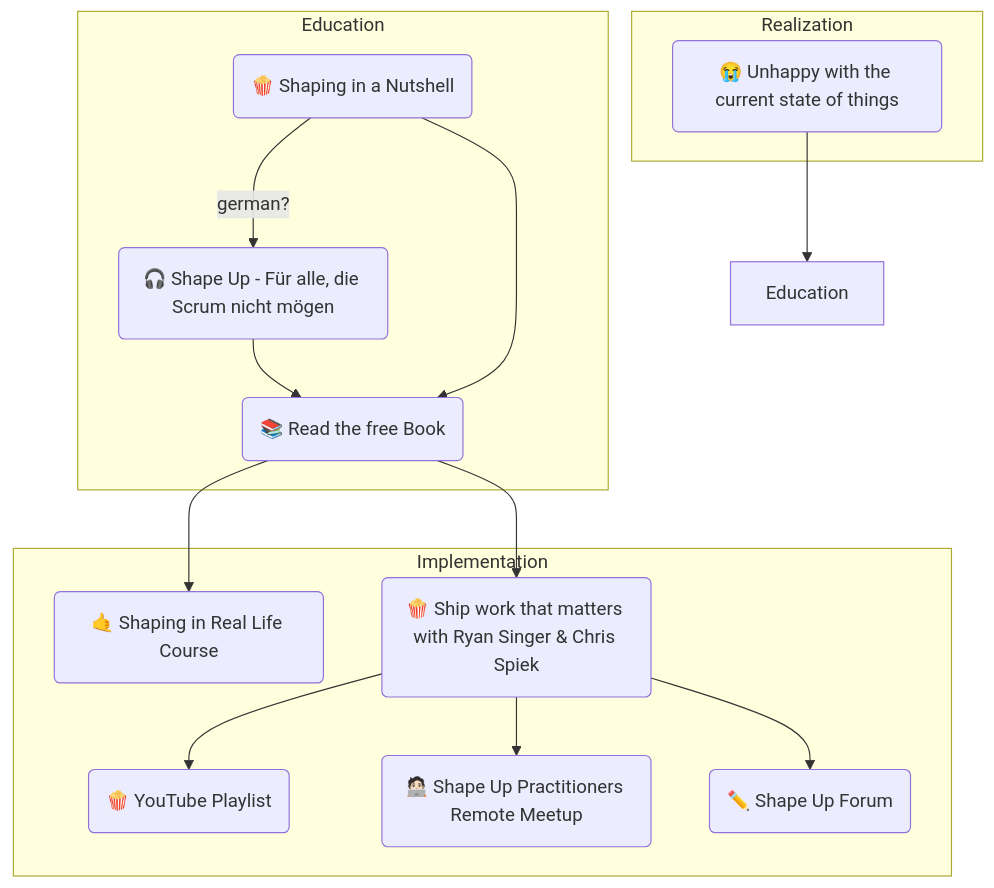
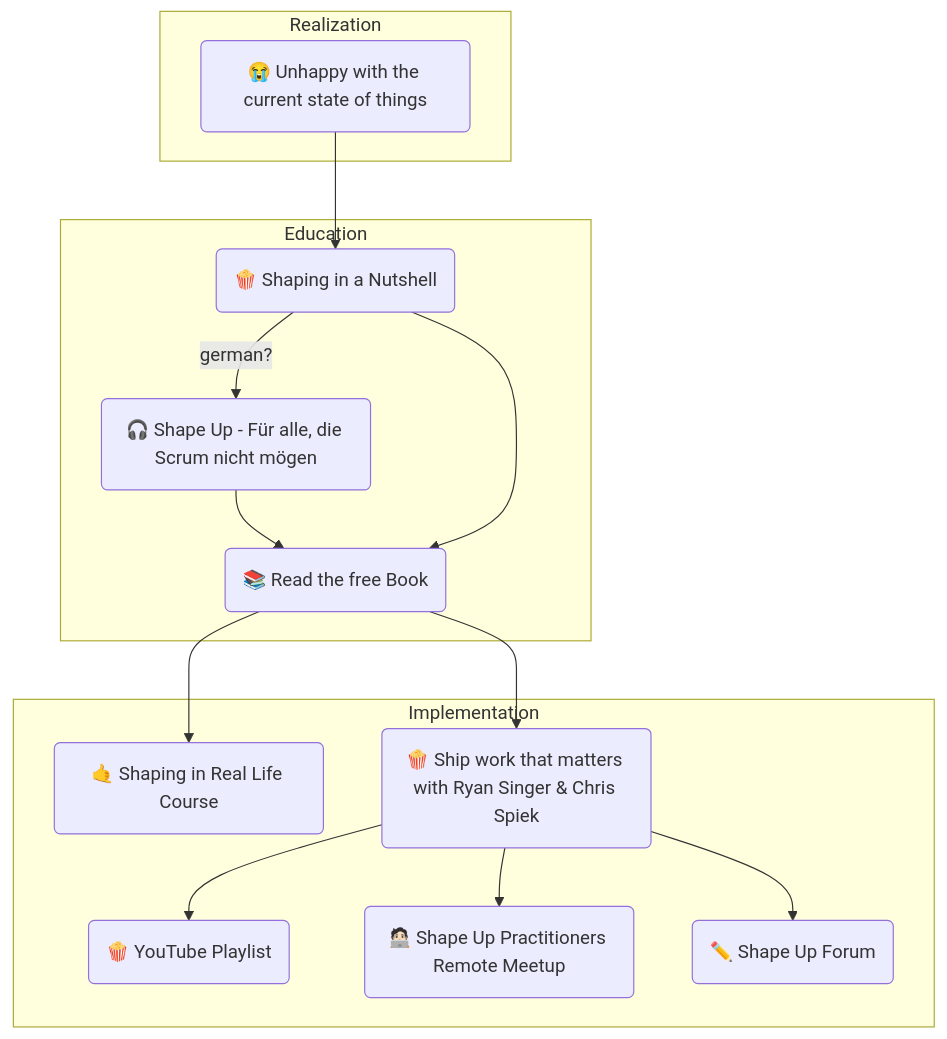
The diagram in README.md (klausbreyer/shapeup-learning-path), drawn with Mermaid before and after one commit. The commit also changed other lines of this file, not shown here.

````diff
--- a/README.md
+++ b/README.md
@@ -4,41 +3,42 @@
 ```mermaid
 graph TD
     subgraph Realization
         U("😭 Unhappy with the current state of things")
     end
 
     subgraph Education 
         A("🍿 Shaping in a Nutshell")
         SDDC("🎧 Shape Up - Für alle, die Scrum nicht mögen")
         B("📚 Read the free Book")
     end
 
     subgraph Implementation 
 
         P("🍿 YouTube Playlist")
         M("🧑🏻‍💻 Shape Up Practitioners Remote Meetup")
         R("🤙 Shaping in Real Life Course")
         S("🍿 Ship work that matters with Ryan Singer & Chris Spiek")
         F("✏️ Shape Up Forum")
     end
 
 
-U --> Education
+U --> A
 A -->|german?| SDDC
 SDDC --> B
 A --> B
 S--> M
 B --> R
 B --> S
 S --> F
 S --> P
 
 click A "https://www.youtube.com/watch?v=h_8M23wVjXk" _blank
 click SDDC "https://superdev.club/podcasts/shape-up/" _blank
 click B "https://basecamp.com/shapeup" _blank
 click M "https://www.meetup.com/de-DE/shapeup-practitioners/" _blank
 click R "https://feltpresence.com/srl/" _blank
 click F "https://youtu.be/jnW0fAIpLbo" _blank
 click D "https://discourse.learnshapeup.com/" _blank
-click P "https://www.youtube.com/watch?v=h_8M23wVjXk&list=PLh2qZ3Zp-Xw2Q-H3lSjkEPhBYzvkDt6mY" _blank
+click P "https://youtu.be/h_8M23wVjXk" _blank
+click S "https://www.youtube.com/watch?v=jnW0fAIpLbo" _blank
 ```
````
